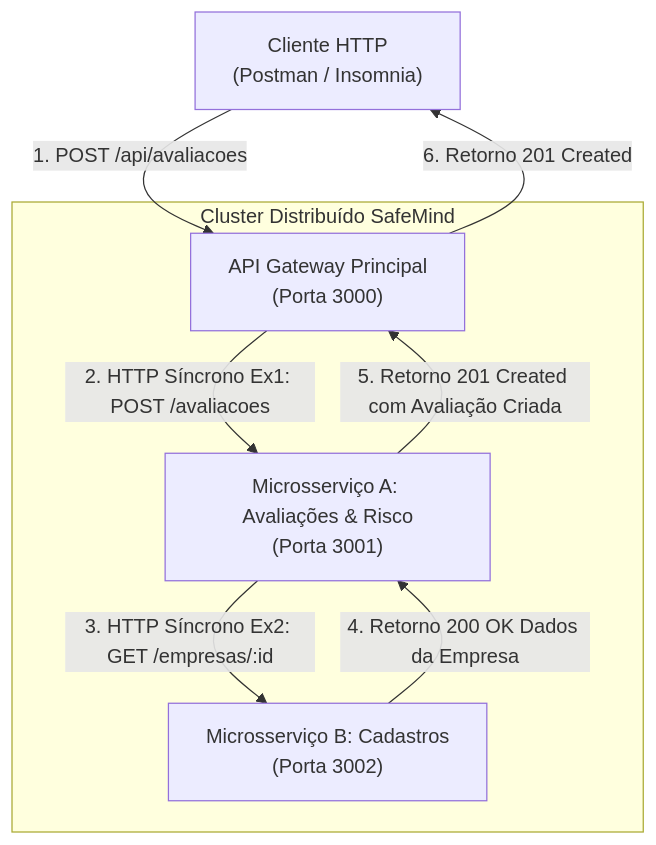
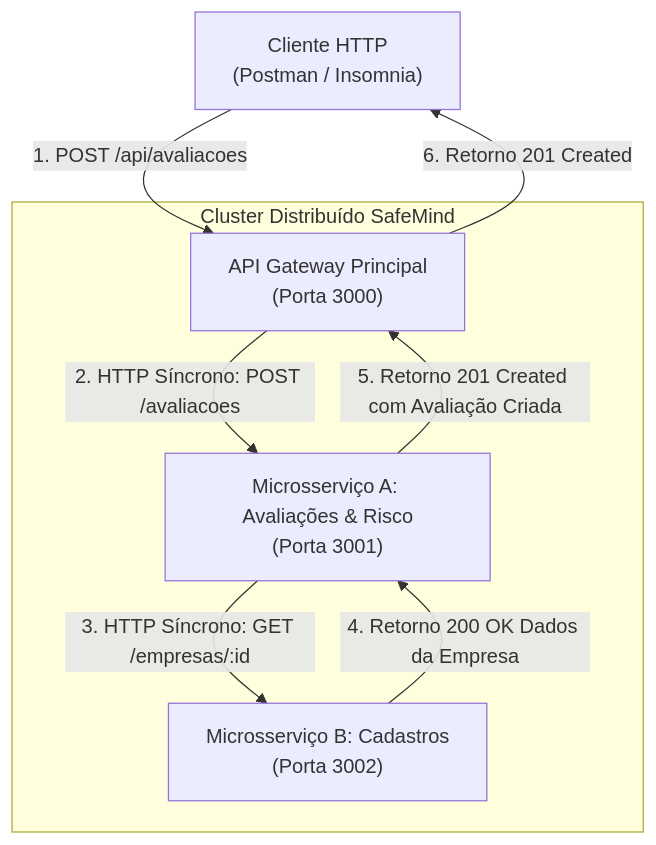
Before and after one commit to RomulloSousa1/SafeMind-Distribuido: the diagram in README.md, drawn with Mermaid. The commit also changed other lines of this file, not shown here.

Commit message:
docs: formantando README.md

````diff
--- a/README.md
+++ b/README.md
@@ -12,17 +12,17 @@
 ```mermaid
 flowchart TD
     Client["Cliente HTTP\n(Postman / Insomnia)"]
     
     subgraph Cluster["Cluster Distribuído SafeMind"]
         Gateway["API Gateway Principal\n(Porta 3000)"]
         ServicoA["Microsserviço A: Avaliações & Risco\n(Porta 3001)"]
         ServicoB["Microsserviço B: Cadastros\n(Porta 3002)"]
     end
 
     Client -->|1. POST /api/avaliacoes| Gateway
-    Gateway -->|2. HTTP Síncrono Ex1: POST /avaliacoes| ServicoA
-    ServicoA -->|3. HTTP Síncrono Ex2: GET /empresas/:id| ServicoB
+    Gateway -->|2. HTTP Síncrono: POST /avaliacoes| ServicoA
+    ServicoA -->|3. HTTP Síncrono: GET /empresas/:id| ServicoB
     ServicoB -->|4. Retorno 200 OK Dados da Empresa| ServicoA
     ServicoA -->|5. Retorno 201 Created com Avaliação Criada| Gateway
     Gateway -->|6. Retorno 201 Created| Client
 ```
````
